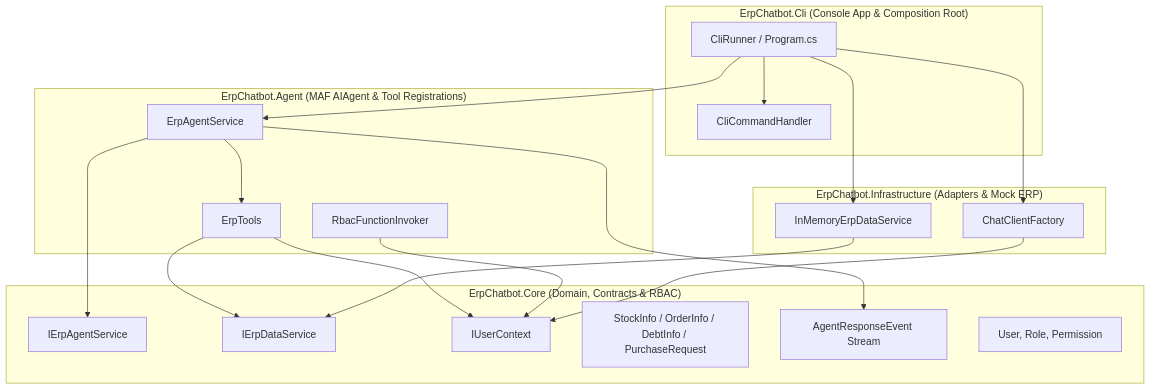
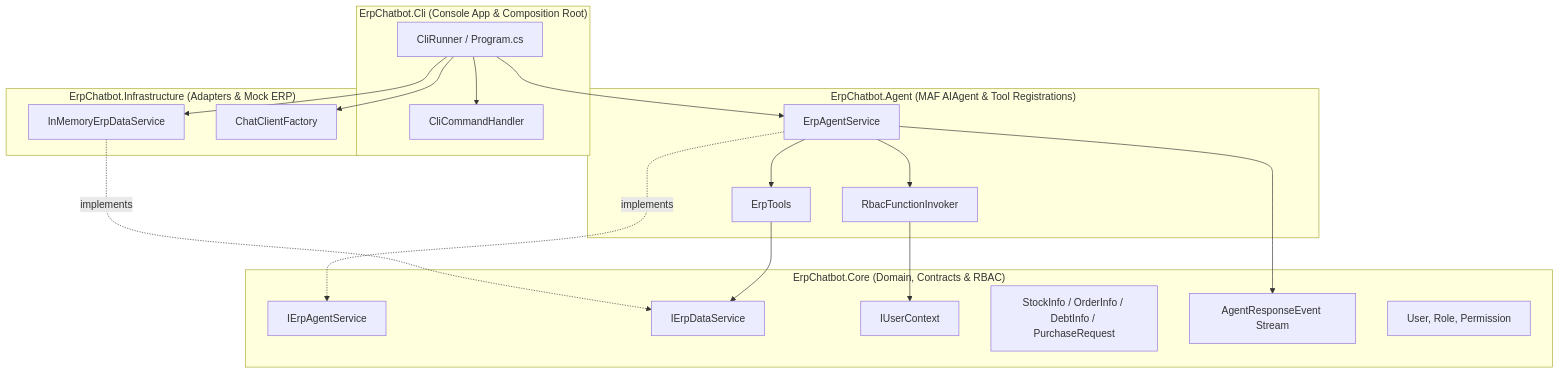
One commit to NguyenThanhHungDev140503/MAF-Chatbot changed the first of 2 diagrams in docs/superpowers/specs/2026-10-28-day-02-function-calling-design.md. Above: the diagram before and after it, drawn with Mermaid. The commit also changed other lines of this file and 15 other files, not shown here.

Commit message:
fix(review): address all reviewer findings on RBAC order, security fail-secure, session isolation, and clean architecture

````diff
--- a/docs/superpowers/specs/2026-10-28-day-02-function-calling-design.md
+++ b/docs/superpowers/specs/2026-10-28-day-02-function-calling-design.md
@@ -43,42 +48,41 @@
 ```mermaid
 graph TD
     subgraph "ErpChatbot.Cli (Console App & Composition Root)"
         CLI[CliRunner / Program.cs]
         CLI_HANDLER[CliCommandHandler]
     end
 
     subgraph "ErpChatbot.Agent (MAF AIAgent & Tool Registrations)"
         AGENT_SVC[ErpAgentService]
         TOOLS[ErpTools]
         INVOKER[RbacFunctionInvoker]
     end
 
     subgraph "ErpChatbot.Core (Domain, Contracts & RBAC)"
         I_AGENT[IErpAgentService]
         I_DATA[IErpDataService]
         I_USER[IUserContext]
         MODELS[StockInfo / OrderInfo / DebtInfo / PurchaseRequest]
         EVENTS[AgentResponseEvent Stream]
         RBAC[User, Role, Permission]
     end
 
     subgraph "ErpChatbot.Infrastructure (Adapters & Mock ERP)"
         IN_MEMORY_ERP[InMemoryErpDataService]
         CHAT_FACTORY[ChatClientFactory]
     end
 
     CLI --> AGENT_SVC
     CLI --> CHAT_FACTORY
     CLI --> IN_MEMORY_ERP
     CLI --> CLI_HANDLER
 
-    AGENT_SVC --> I_AGENT
+    AGENT_SVC -.->|implements| I_AGENT
     AGENT_SVC --> TOOLS
+    AGENT_SVC --> INVOKER
     TOOLS --> I_DATA
-    TOOLS --> I_USER
     INVOKER --> I_USER
 
-    IN_MEMORY_ERP --> I_DATA
-    CHAT_FACTORY --> I_USER
+    IN_MEMORY_ERP -.->|implements| I_DATA
     AGENT_SVC --> EVENTS
 ```
````
